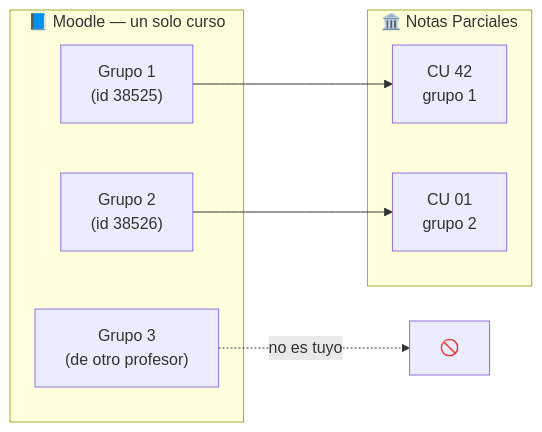
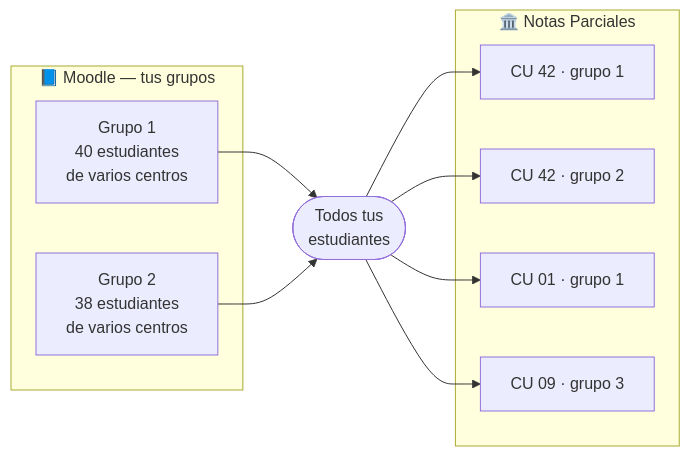
The first of 2 diagrams in README.md (chhdeza/moodleToNotas-sync), drawn with Mermaid before and after one commit. The commit also changed other lines of this file and 2 other files, not shown here.

First line of the commit message:
docs: corregir la documentación al modelo real de grupos

````diff
--- a/README.md
+++ b/README.md
@@ -288,17 +298,23 @@
 ```mermaid
 flowchart LR
-    subgraph moodle ["📘 Moodle — un solo curso"]
-        M1["Grupo 1<br/>(id 38525)"]
-        M2["Grupo 2<br/>(id 38526)"]
-        M3["Grupo 3<br/>(de otro profesor)"]
+    subgraph moodle ["📘 Moodle — tus grupos"]
+        M1["Grupo 1<br/>40 estudiantes<br/>de varios centros"]
+        M2["Grupo 2<br/>38 estudiantes<br/>de varios centros"]
     end
 
+    P(["Todos tus<br/>estudiantes"])
+
     subgraph np ["🏛️ Notas Parciales"]
-        N1["CU 42<br/>grupo 1"]
-        N2["CU 01<br/>grupo 2"]
+        N1["CU 42 · grupo 1"]
+        N2["CU 42 · grupo 2"]
+        N3["CU 01 · grupo 1"]
+        N4["CU 09 · grupo 3"]
     end
 
-    M1 --> N1
-    M2 --> N2
-    M3 -.->|no es tuyo| X["🚫"]
+    M1 --> P
+    M2 --> P
+    P --> N1
+    P --> N2
+    P --> N3
+    P --> N4
 ```
````
